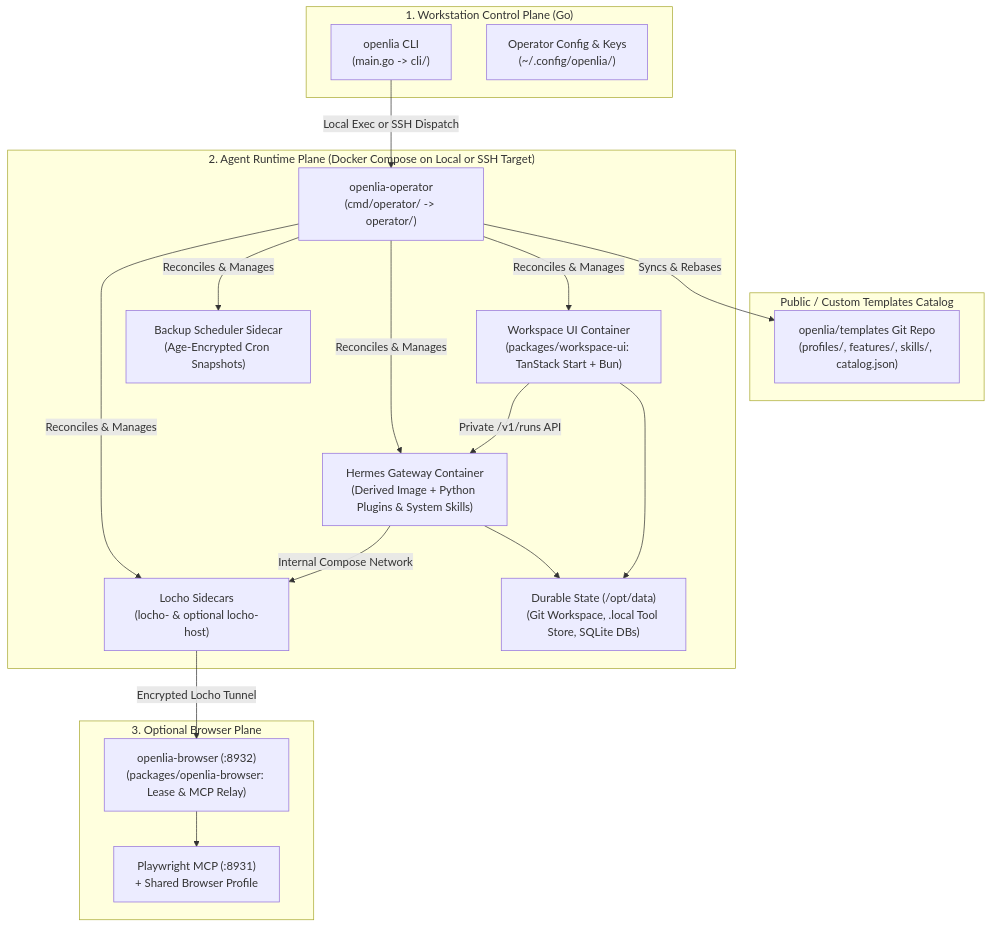
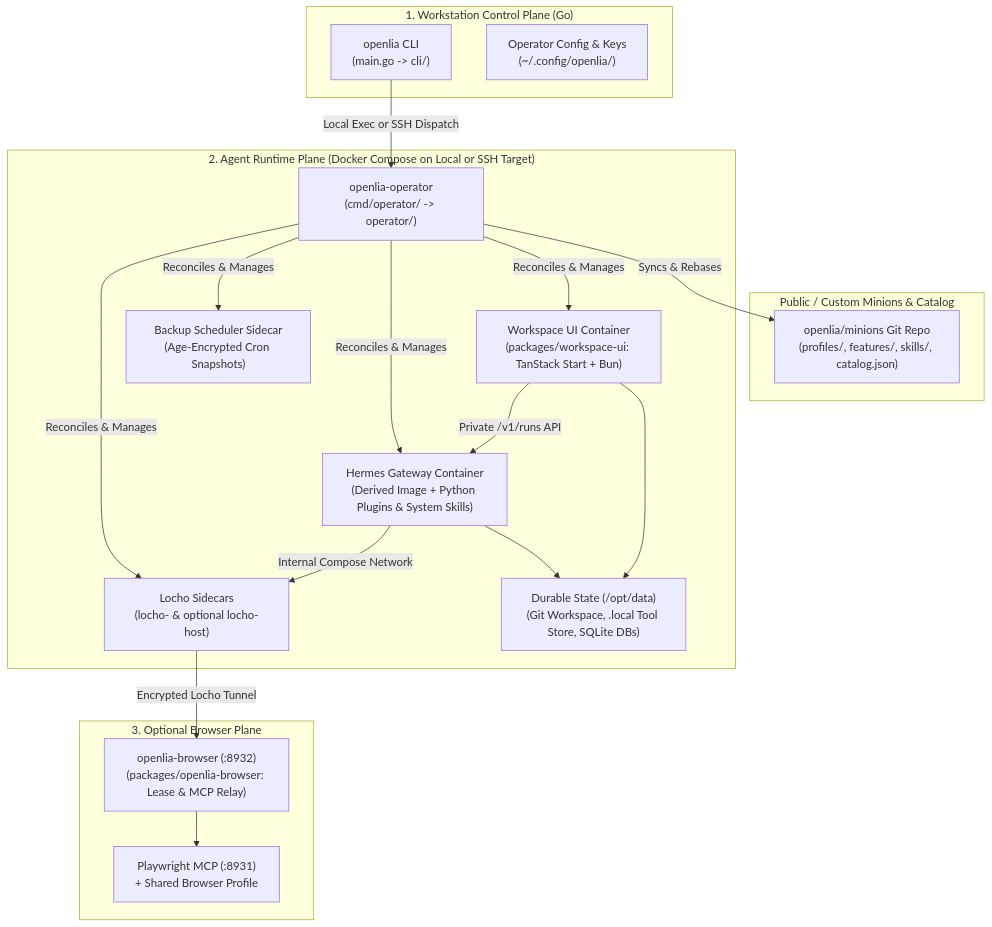
Before and after one commit to openlia/openlia: the diagram in docs/architecture.md, drawn with Mermaid. The commit also changed other lines of this file and 45 other files, not shown here.

Commit message:
feat(minions): add code-only Minion distribution and rename catalog to openlia/minions

````diff
--- a/docs/architecture.md
+++ b/docs/architecture.md
@@ -15,38 +15,38 @@
 ```mermaid
 flowchart TD
     subgraph Workstation["1. Workstation Control Plane (Go)"]
         CLI["openlia CLI<br/>(main.go -> cli/)"]
         Config["Operator Config & Keys<br/>(~/.config/openlia/)"]
     end
 
-    subgraph Catalog["Public / Custom Templates Catalog"]
-        Templates["openlia/templates Git Repo<br/>(profiles/, features/, skills/, catalog.json)"]
+    subgraph Catalog["Public / Custom Minions & Catalog"]
+        Templates["openlia/minions Git Repo<br/>(profiles/, features/, skills/, catalog.json)"]
     end
 
     subgraph Runtime["2. Agent Runtime Plane (Docker Compose on Local or SSH Target)"]
         Operator["openlia-operator<br/>(cmd/operator/ -> operator/)"]
         Hermes["Hermes Gateway Container<br/>(Derived Image + Python Plugins & System Skills)"]
         UI["Workspace UI Container<br/>(packages/workspace-ui: TanStack Start + Bun)"]
         Locho["Locho Sidecars<br/>(locho-<host> & optional locho-host)"]
         Backup["Backup Scheduler Sidecar<br/>(Age-Encrypted Cron Snapshots)"]
         Workspace["Durable State (/opt/data)<br/>(Git Workspace, .local Tool Store, SQLite DBs)"]
     end
 
     subgraph BrowserHost["3. Optional Browser Plane"]
         BrowserRelay["openlia-browser (:8932)<br/>(packages/openlia-browser: Lease & MCP Relay)"]
         Playwright["Playwright MCP (:8931)<br/>+ Shared Browser Profile"]
     end
 
     CLI -- "Local Exec or SSH Dispatch" --> Operator
     Operator -- "Syncs & Rebases" --> Templates
     Operator -- "Reconciles & Manages" --> Hermes
     Operator -- "Reconciles & Manages" --> UI
     Operator -- "Reconciles & Manages" --> Locho
     Operator -- "Reconciles & Manages" --> Backup
     Hermes --> Workspace
     UI --> Workspace
     UI -- "Private /v1/runs API" --> Hermes
     Hermes -- "Internal Compose Network" --> Locho
     Locho -- "Encrypted Locho Tunnel" --> BrowserRelay
     BrowserRelay --> Playwright
 ```
````
